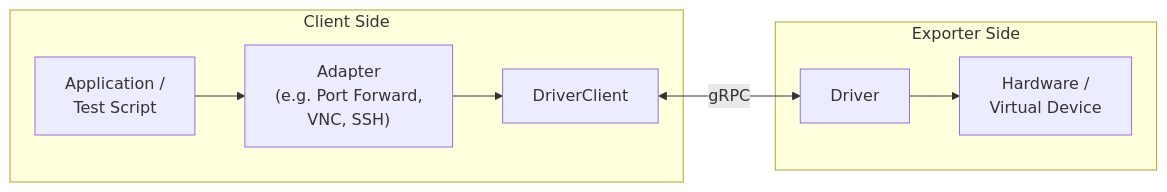
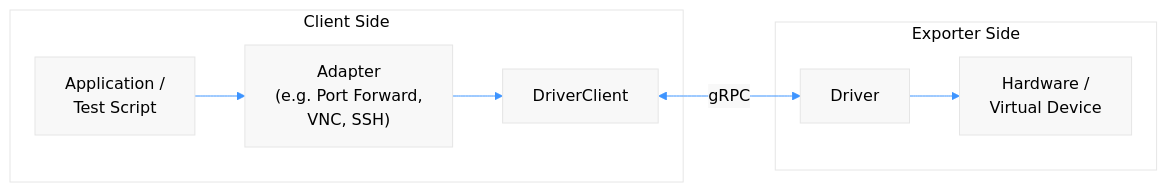
One commit to the78mole/jumpstarter-new changed the diagram in python/docs/source/introduction/adapters.md. Above: the diagram before and after it, drawn with Mermaid. The commit also changed 7 other files, not shown here.

Commit message:
Fix mermaid rendering on GitHub: convert {mermaid} directives to standard fenced blocks with %%{init:}%% config

````diff
--- a/python/docs/source/introduction/adapters.md
+++ b/python/docs/source/introduction/adapters.md
@@ -16,19 +16,19 @@
-```{mermaid}
-:config: {"theme":"base","themeVariables":{"primaryColor":"#f8f8f8","primaryTextColor":"#000","primaryBorderColor":"#e5e5e5","lineColor":"#3d94ff","secondaryColor":"#f8f8f8","tertiaryColor":"#fff"}}
+```mermaid
+%%{init: {"theme":"base","themeVariables":{"primaryColor":"#f8f8f8","primaryTextColor":"#000","primaryBorderColor":"#e5e5e5","lineColor":"#3d94ff","secondaryColor":"#f8f8f8","tertiaryColor":"#fff"}}}%%
 flowchart LR
     subgraph "Client Side"
         App["Application /<br/>Test Script"]
         Adapter["Adapter<br/>(e.g. Port Forward,<br/>VNC, SSH)"]
         DC["DriverClient"]
     end
 
     subgraph "Exporter Side"
         Driver["Driver"]
         HW["Hardware /<br/>Virtual Device"]
     end
 
     App --> Adapter
     Adapter --> DC
     DC <--> |"gRPC"| Driver
     Driver --> HW
 ```
````
